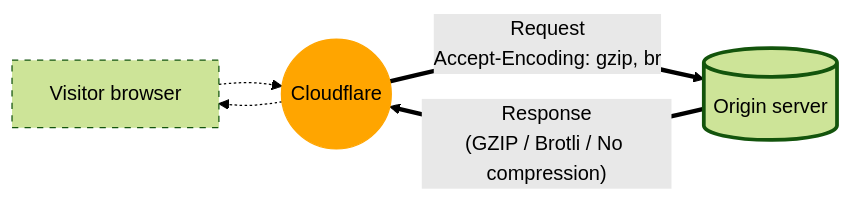
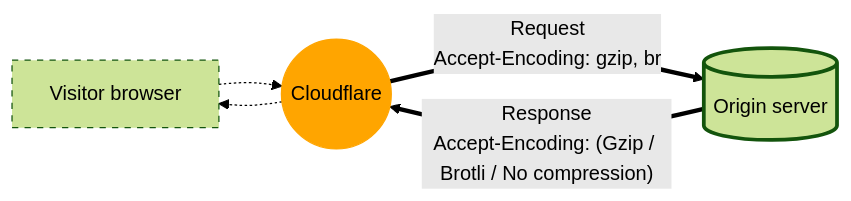
The second of 2 diagrams in content/speed/optimization/content/brotli/content-compression.md (cloudflare/cloudflare-docs), drawn with Mermaid (forest theme) before and after one commit. The commit also changed other lines of this file, not shown here.

Commit message:
updating gzip casing

````diff
--- a/content/speed/optimization/content/brotli/content-compression.md
+++ b/content/speed/optimization/content/brotli/content-compression.md
@@ -112,16 +112,16 @@
 ```mermaid
 flowchart LR
 accTitle: Compressed responses sent from the origin server
-accDescr: Cloudflare accepts responses from origin server using GZIP compression, Brotli compression, or no compression.
+accDescr: Cloudflare accepts responses from origin server using Gzip compression, Brotli compression, or no compression.
 
 A[Visitor browser]
 B((Cloudflare))
 C[(Origin server)]
 
 A -.-> B == "Request<br>Accept-Encoding: gzip, br" ==> C
-C == "Response<br>(GZIP / Brotli / No compression)" ==> B -.-> A
+C == "Response<br>Accept-Encoding: (Gzip / Brotli / No compression)" ==> B -.-> A
 
 style A stroke-dasharray: 5 5
 style B stroke: orange,fill: orange
 style C stroke-width: 3px
 ```
````
